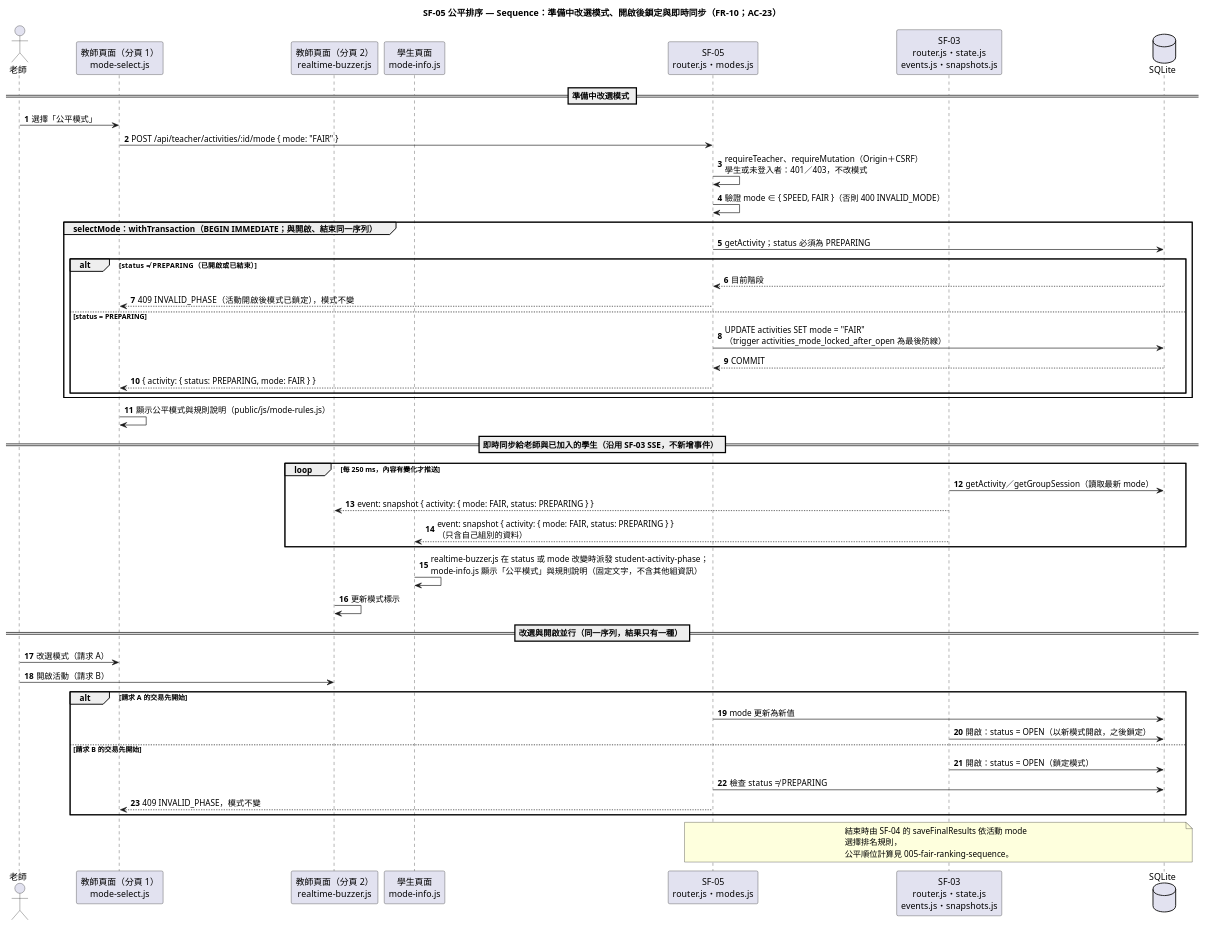
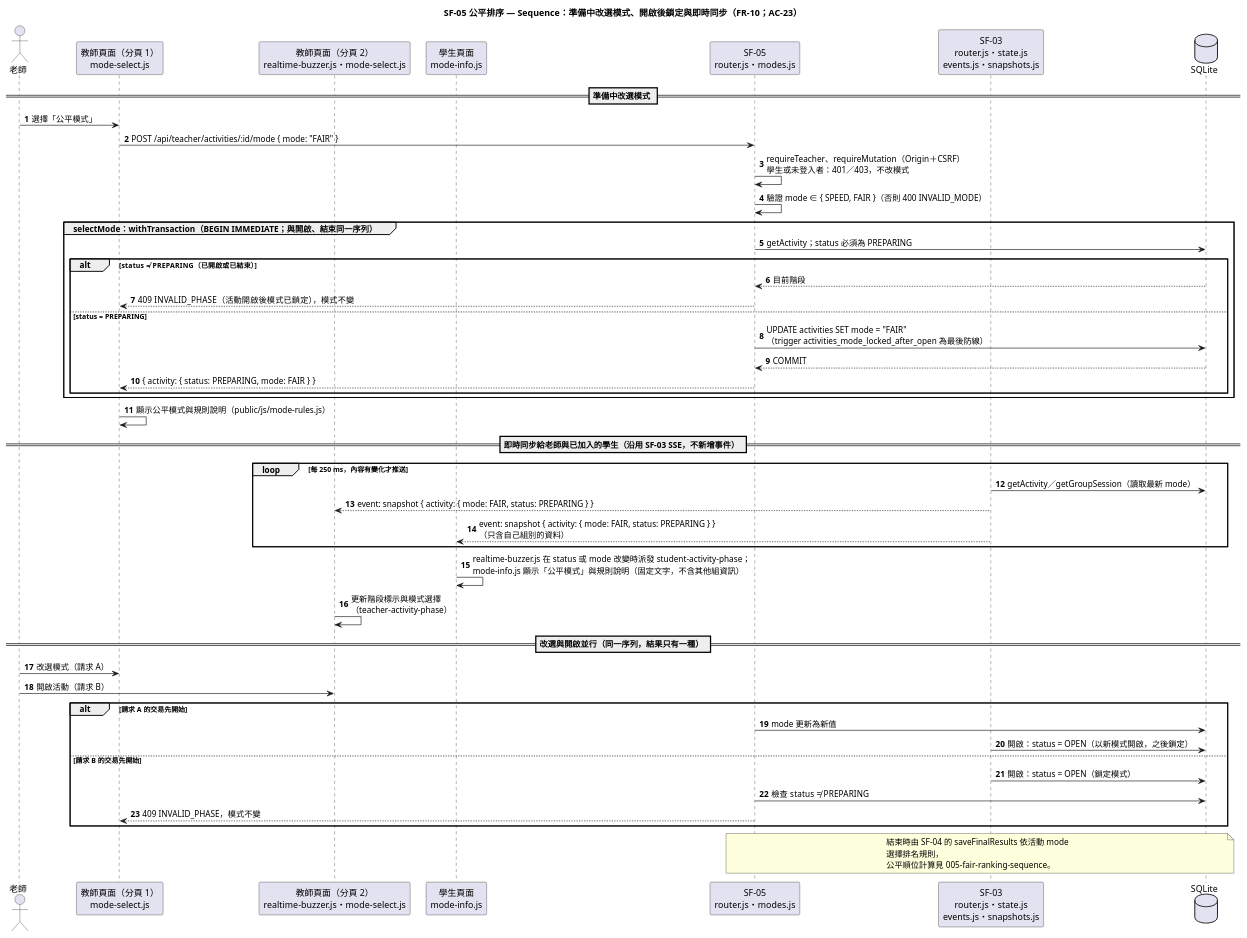
The diagram in diagrams/005-fair-ranking-sequence-mode.puml (tom1030507/classroom-buzzer-system-speckit), drawn with PlantUML before and after one commit. The commit also changed 5 other files, not shown here.

Commit message:
docs(diagrams): sync the SF-05 diagrams and the system component baseline

```diff
--- a/diagrams/005-fair-ranking-sequence-mode.puml
+++ b/diagrams/005-fair-ranking-sequence-mode.puml
@@ -1,59 +1,59 @@
 @startuml 005-fair-ranking-sequence-mode
 title SF-05 公平排序 — Sequence：準備中改選模式、開啟後鎖定與即時同步（FR-10；AC-23）
 skinparam shadowing false
 skinparam sequenceMessageAlign left
 skinparam wrapWidth 300
 autonumber
 
 actor "老師" as Teacher
 participant "教師頁面（分頁 1）\nmode-select.js" as TeacherUI
-participant "教師頁面（分頁 2）\nrealtime-buzzer.js" as TeacherUI2
+participant "教師頁面（分頁 2）\nrealtime-buzzer.js・mode-select.js" as TeacherUI2
 participant "學生頁面\nmode-info.js" as StudentUI
 participant "SF-05\nrouter.js・modes.js" as Mode
 participant "SF-03\nrouter.js・state.js\nevents.js・snapshots.js" as Buzzer
 database "SQLite" as Db
 
 == 準備中改選模式 ==
 Teacher -> TeacherUI : 選擇「公平模式」
 TeacherUI -> Mode : POST /api/teacher/activities/:id/mode { mode: "FAIR" }
 Mode -> Mode : requireTeacher、requireMutation（Origin＋CSRF）\n學生或未登入者：401／403，不改模式
 Mode -> Mode : 驗證 mode ∈ { SPEED, FAIR }（否則 400 INVALID_MODE）
 group selectMode：withTransaction（BEGIN IMMEDIATE；與開啟、結束同一序列）
   Mode -> Db : getActivity；status 必須為 PREPARING
   alt status ≠ PREPARING（已開啟或已結束）
     Db --> Mode : 目前階段
     Mode --> TeacherUI : 409 INVALID_PHASE（活動開啟後模式已鎖定），模式不變
   else status = PREPARING
     Mode -> Db : UPDATE activities SET mode = "FAIR"\n（trigger activities_mode_locked_after_open 為最後防線）
     Db --> Mode : COMMIT
     Mode --> TeacherUI : { activity: { status: PREPARING, mode: FAIR } }
   end
 end
 TeacherUI -> TeacherUI : 顯示公平模式與規則說明（public/js/mode-rules.js）
 
 == 即時同步給老師與已加入的學生（沿用 SF-03 SSE，不新增事件） ==
 loop 每 250 ms，內容有變化才推送
   Buzzer -> Db : getActivity／getGroupSession（讀取最新 mode）
   Buzzer --> TeacherUI2 : event: snapshot { activity: { mode: FAIR, status: PREPARING } }
   Buzzer --> StudentUI : event: snapshot { activity: { mode: FAIR, status: PREPARING } }\n（只含自己組別的資料）
 end
 StudentUI -> StudentUI : realtime-buzzer.js 在 status 或 mode 改變時派發 student-activity-phase；\nmode-info.js 顯示「公平模式」與規則說明（固定文字，不含其他組資訊）
-TeacherUI2 -> TeacherUI2 : 更新模式標示
+TeacherUI2 -> TeacherUI2 : 更新階段標示與模式選擇\n（teacher-activity-phase）
 
 == 改選與開啟並行（同一序列，結果只有一種） ==
 Teacher -> TeacherUI : 改選模式（請求 A）
 Teacher -> TeacherUI2 : 開啟活動（請求 B）
 alt 請求 A 的交易先開始
   Mode -> Db : mode 更新為新值
   Buzzer -> Db : 開啟：status = OPEN（以新模式開啟，之後鎖定）
 else 請求 B 的交易先開始
   Buzzer -> Db : 開啟：status = OPEN（鎖定模式）
   Mode -> Db : 檢查 status ≠ PREPARING
   Mode --> TeacherUI : 409 INVALID_PHASE，模式不變
 end
 
 note over Mode, Db
   結束時由 SF-04 的 saveFinalResults 依活動 mode 選擇排名規則，
   公平順位計算見 005-fair-ranking-sequence。
 end note
 @enduml
```
